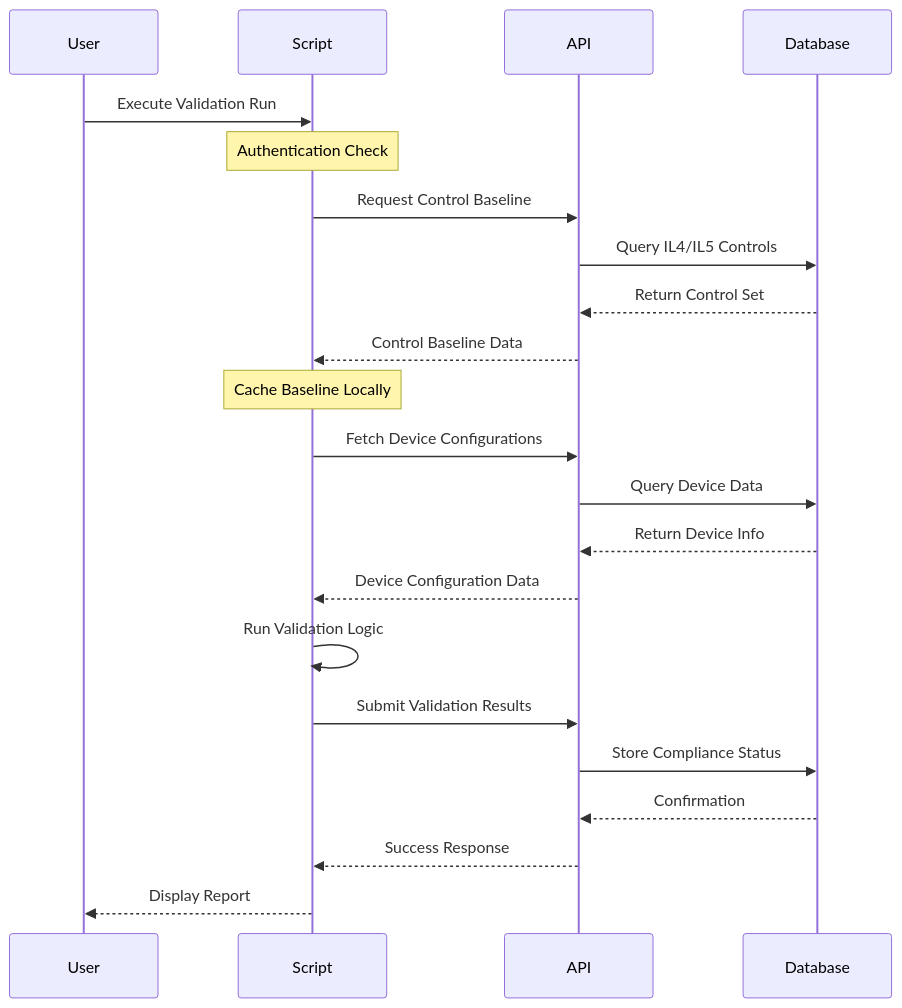
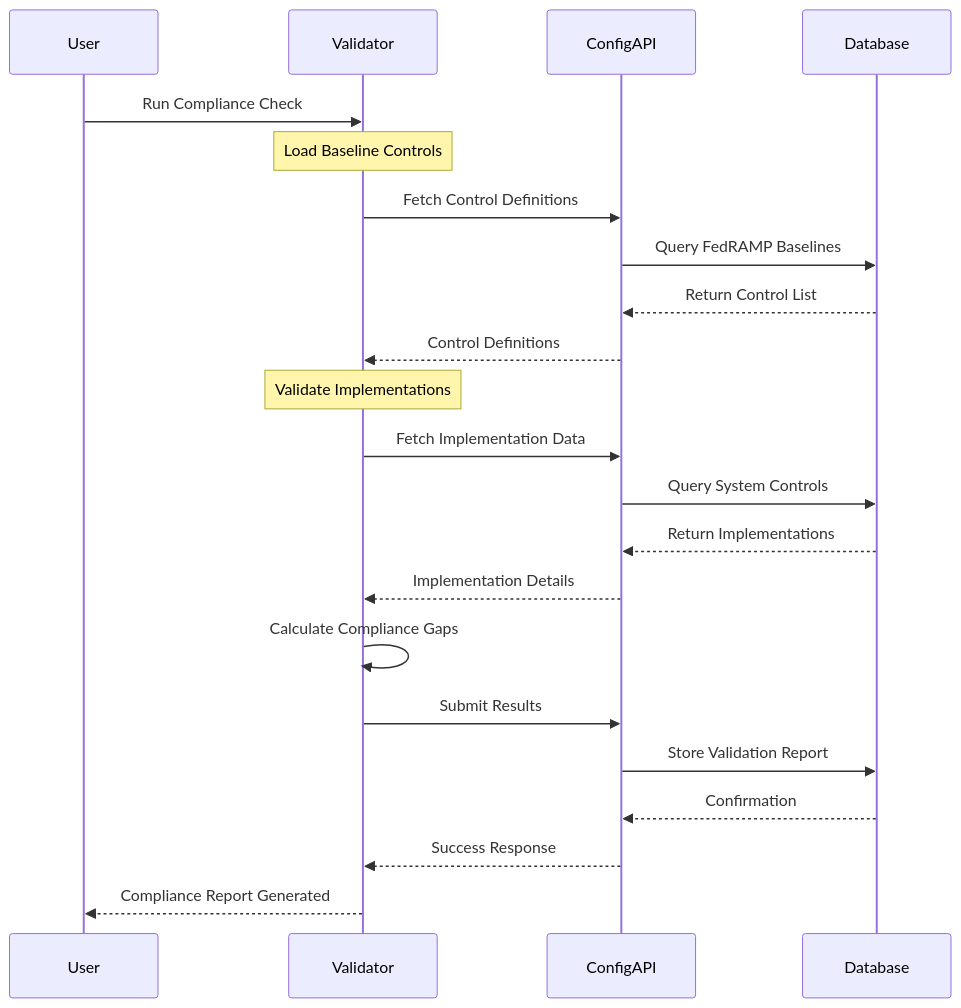
One commit to Suren-Jewels/Scripts-Toolkit changed the fourth of 4 diagrams in security-compliance/fedramp/README.md. Above: the diagram before and after it, drawn with Mermaid. The commit also changed other lines of this file, not shown here.

````diff
--- a/security-compliance/fedramp/README.md
+++ b/security-compliance/fedramp/README.md
@@ -181,30 +172,30 @@
 ```mermaid
 sequenceDiagram
     participant User
-    participant Script
-    participant API
+    participant Validator
+    participant ConfigAPI
     participant Database
     
-    User->>Script: Execute Validation Run
-    Note over Script: Authentication Check
-    Script->>API: Request Control Baseline
-    API->>Database: Query IL4/IL5 Controls
-    Database-->>API: Return Control Set
-    API-->>Script: Control Baseline Data
+    User->>Validator: Run Compliance Check
+    Note over Validator: Load Baseline Controls
+    Validator->>ConfigAPI: Fetch Control Definitions
+    ConfigAPI->>Database: Query FedRAMP Baselines
+    Database-->>ConfigAPI: Return Control List
+    ConfigAPI-->>Validator: Control Definitions
     
-    Note over Script: Cache Baseline Locally
+    Note over Validator: Validate Implementations
     
-    Script->>API: Fetch Device Configurations
-    API->>Database: Query Device Data
-    Database-->>API: Return Device Info
-    API-->>Script: Device Configuration Data
+    Validator->>ConfigAPI: Fetch Implementation Data
+    ConfigAPI->>Database: Query System Controls
+    Database-->>ConfigAPI: Return Implementations
+    ConfigAPI-->>Validator: Implementation Details
     
-    Script->>Script: Run Validation Logic
+    Validator->>Validator: Calculate Compliance Gaps
     
-    Script->>API: Submit Validation Results
-    API->>Database: Store Compliance Status
-    Database-->>API: Confirmation
-    API-->>Script: Success Response
+    Validator->>ConfigAPI: Submit Results
+    ConfigAPI->>Database: Store Validation Report
+    Database-->>ConfigAPI: Confirmation
+    ConfigAPI-->>Validator: Success Response
     
-    Script-->>User: Display Report
+    Validator-->>User: Compliance Report Generated
 ```
````
